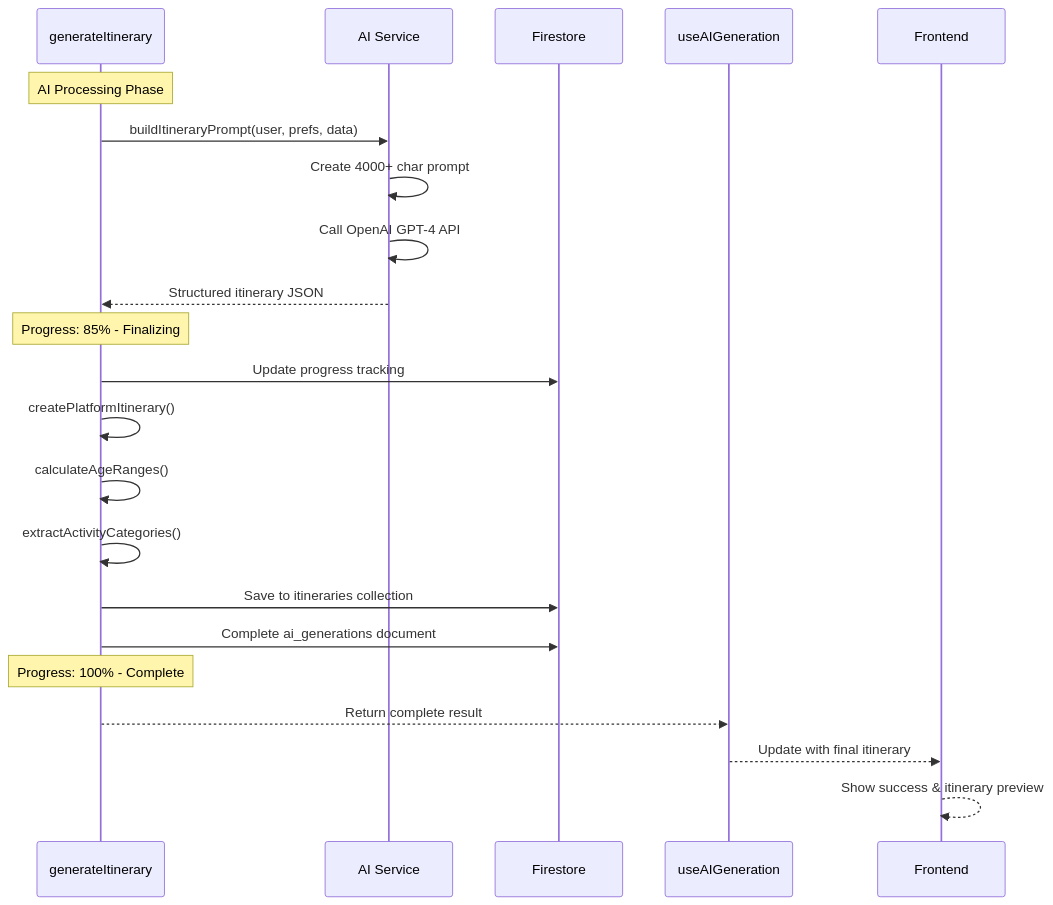
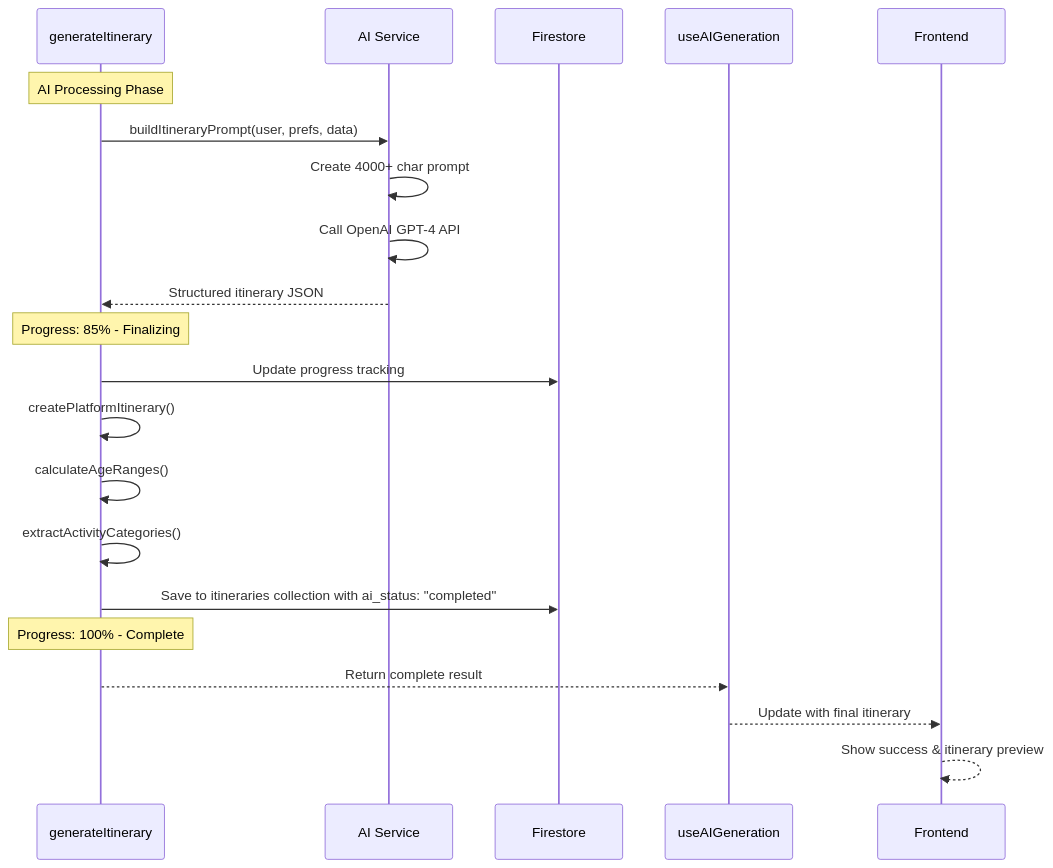
One commit to DuaneQ/voyager-pwa changed the fourth of 15 diagrams in docs/AI_Itineraries/AI_ITINERARY_ARCHITECTURE_DIAGRAM.md. Above: the diagram before and after it, drawn with Mermaid. The commit also changed other lines of this file and 14 other files, not shown here.

````diff
--- a/docs/AI_Itineraries/AI_ITINERARY_ARCHITECTURE_DIAGRAM.md
+++ b/docs/AI_Itineraries/AI_ITINERARY_ARCHITECTURE_DIAGRAM.md
@@ -127,28 +125,27 @@
 ```mermaid
 sequenceDiagram
     participant Func as generateItinerary
     participant AI as AI Service
     participant FS as Firestore
     participant Hook as useAIGeneration
     participant UI as Frontend
     
     Note over Func: AI Processing Phase
     Func->>AI: buildItineraryPrompt(user, prefs, data)
     AI->>AI: Create 4000+ char prompt
     AI->>AI: Call OpenAI GPT-4 API
     AI-->>Func: Structured itinerary JSON
     
     Note over Func: Progress: 85% - Finalizing
     Func->>FS: Update progress tracking
     Func->>Func: createPlatformItinerary()
     Func->>Func: calculateAgeRanges()
     Func->>Func: extractActivityCategories()
     
-    Func->>FS: Save to itineraries collection
-    Func->>FS: Complete ai_generations document
+    Func->>FS: Save to itineraries collection with ai_status: "completed"
     
     Note over Func: Progress: 100% - Complete
     Func-->>Hook: Return complete result
     Hook-->>UI: Update with final itinerary
     UI-->>UI: Show success & itinerary preview
 ```
````
